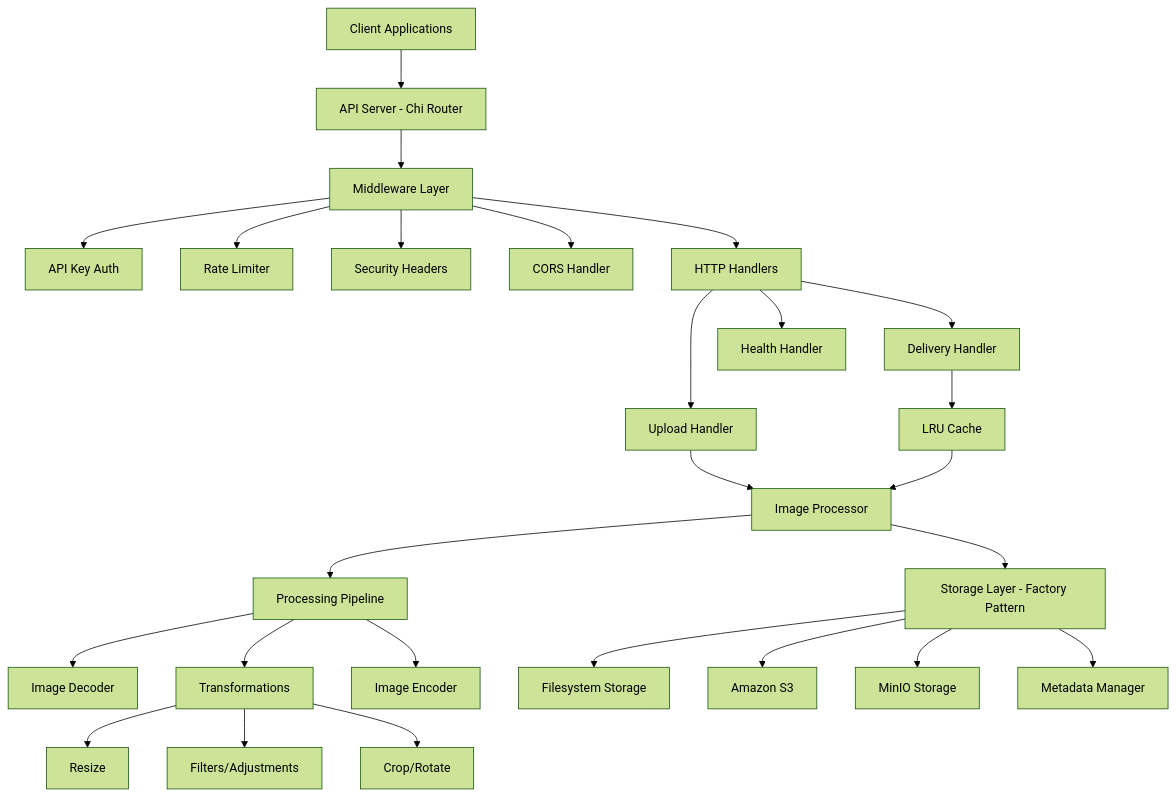
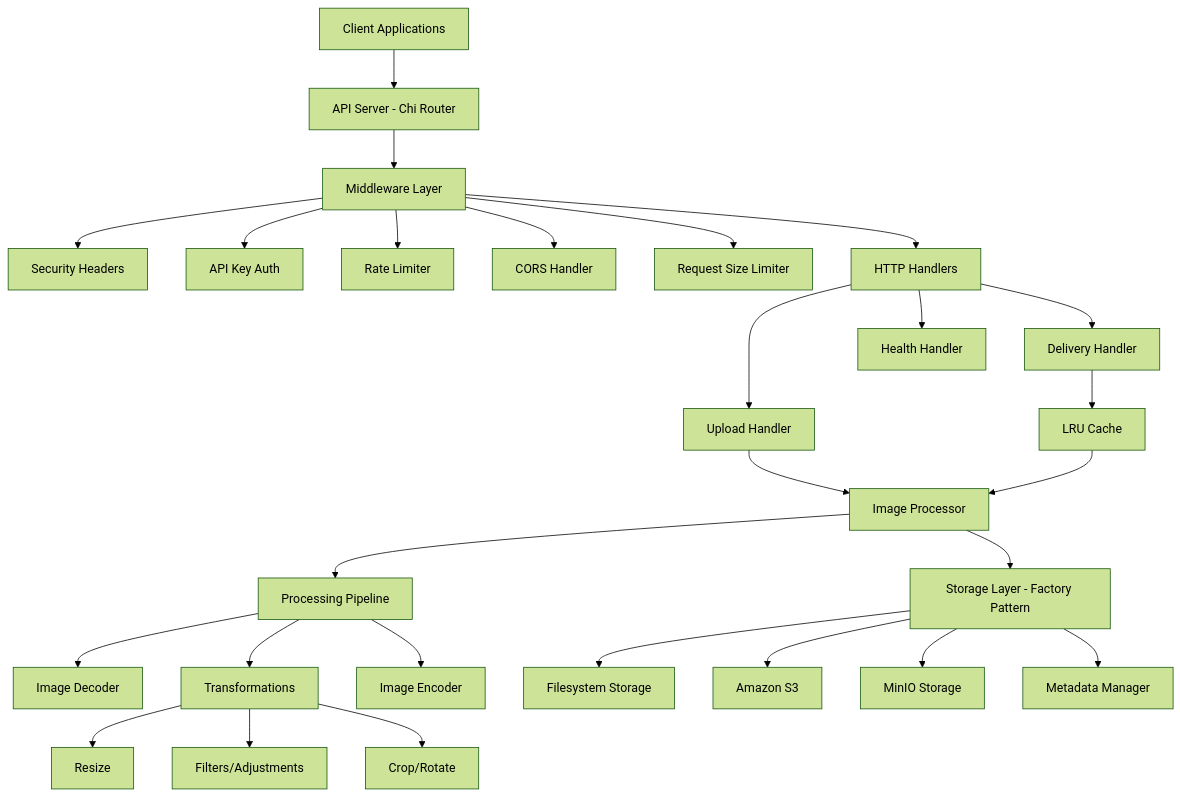
One commit to birdple/falco changed the diagram in README.md. Above: the diagram before and after it, drawn with Mermaid (forest theme). The commit also changed other lines of this file and 9 other files, not shown here.

````diff
--- a/README.md
+++ b/README.md
@@ -490,35 +524,36 @@
 ```mermaid
 graph TB
     Client[Client Applications] --> API[API Server - Chi Router]
 
     API --> MW[Middleware Layer]
+    MW --> Security[Security Headers]
     MW --> Auth[API Key Auth]
     MW --> RateLimit[Rate Limiter]
-    MW --> Security[Security Headers]
     MW --> CORS[CORS Handler]
+    MW --> SizeLimit[Request Size Limiter]
 
     MW --> Handlers[HTTP Handlers]
     Handlers --> Upload[Upload Handler]
     Handlers --> Delivery[Delivery Handler]
     Handlers --> Health[Health Handler]
 
     Upload --> Processor[Image Processor]
     Delivery --> Cache[LRU Cache]
     Cache --> Processor
 
     Processor --> Pipeline[Processing Pipeline]
     Pipeline --> Decoder[Image Decoder]
     Pipeline --> Transform[Transformations]
     Pipeline --> Encoder[Image Encoder]
 
     Transform --> Resize[Resize]
     Transform --> Filters[Filters/Adjustments]
     Transform --> Crop[Crop/Rotate]
 
     Processor --> Storage[Storage Layer - Factory Pattern]
     Storage --> FS[Filesystem Storage]
     Storage --> S3[Amazon S3]
     Storage --> MinIO[MinIO Storage]
 
     Storage --> Metadata[Metadata Manager]
 ```
````
